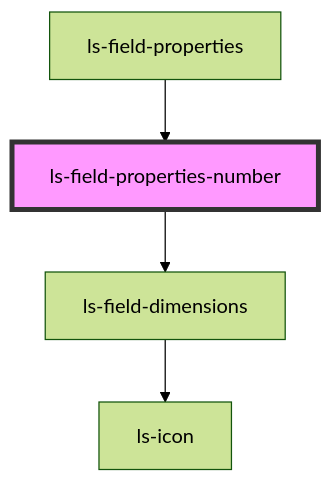
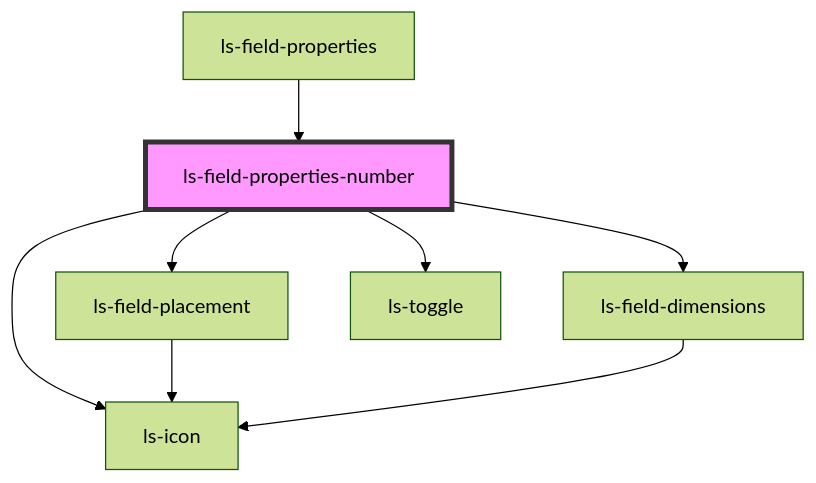
Before and after one commit to legalesign/ls-document-viewer: the diagram in src/components/ls-field-properties-number/readme.md, drawn with Mermaid (forest theme). The commit also changed other lines of this file and 15 other files, not shown here.

````diff
--- a/src/components/ls-field-properties-number/readme.md
+++ b/src/components/ls-field-properties-number/readme.md
@@ -26,7 +30,11 @@
 ```mermaid
 graph TD;
+  ls-field-properties-number --> ls-field-placement
   ls-field-properties-number --> ls-field-dimensions
+  ls-field-properties-number --> ls-icon
+  ls-field-properties-number --> ls-toggle
+  ls-field-placement --> ls-icon
   ls-field-dimensions --> ls-icon
   ls-field-properties --> ls-field-properties-number
   style ls-field-properties-number fill:#f9f,stroke:#333,stroke-width:4px
 ```
````
